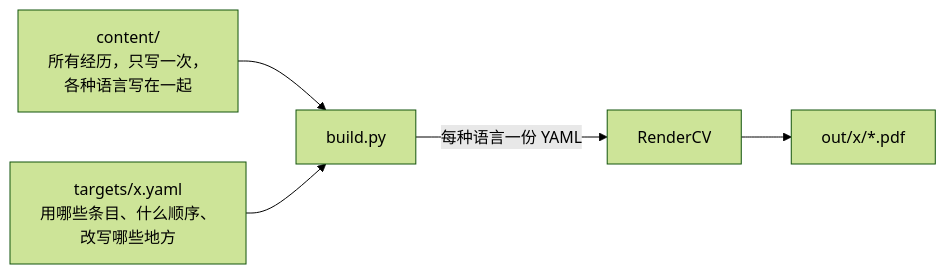
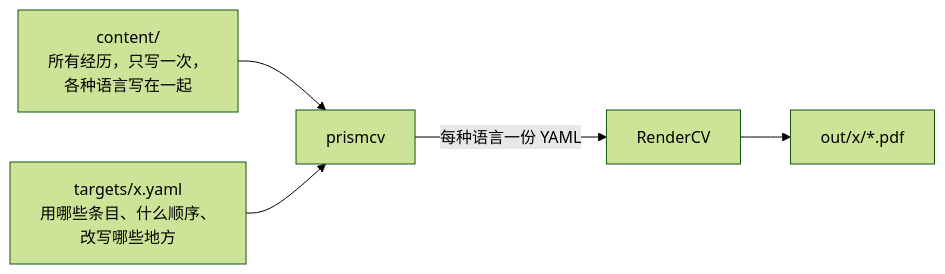
The diagram in README.zh-CN.md (AnzhiZhang/PrismCV), drawn with Mermaid (forest theme) before and after one commit. The commit also changed other lines of this file and 6 other files, not shown here.

First line of the commit message:
feat: package as prismcv with a build command

````diff
--- a/README.zh-CN.md
+++ b/README.zh-CN.md
@@ -22,12 +22,12 @@
 ```mermaid
 flowchart LR
     C["content/<br/>所有经历，只写一次，<br/>各种语言写在一起"]
     T["targets/x.yaml<br/>用哪些条目、什么顺序、<br/>改写哪些地方"]
-    B["build.py"]
+    B["prismcv"]
     R["RenderCV"]
     P["out/x/*.pdf"]
 
     C --> B
     T --> B
     B -->|每种语言一份 YAML| R --> P
 ```
````
